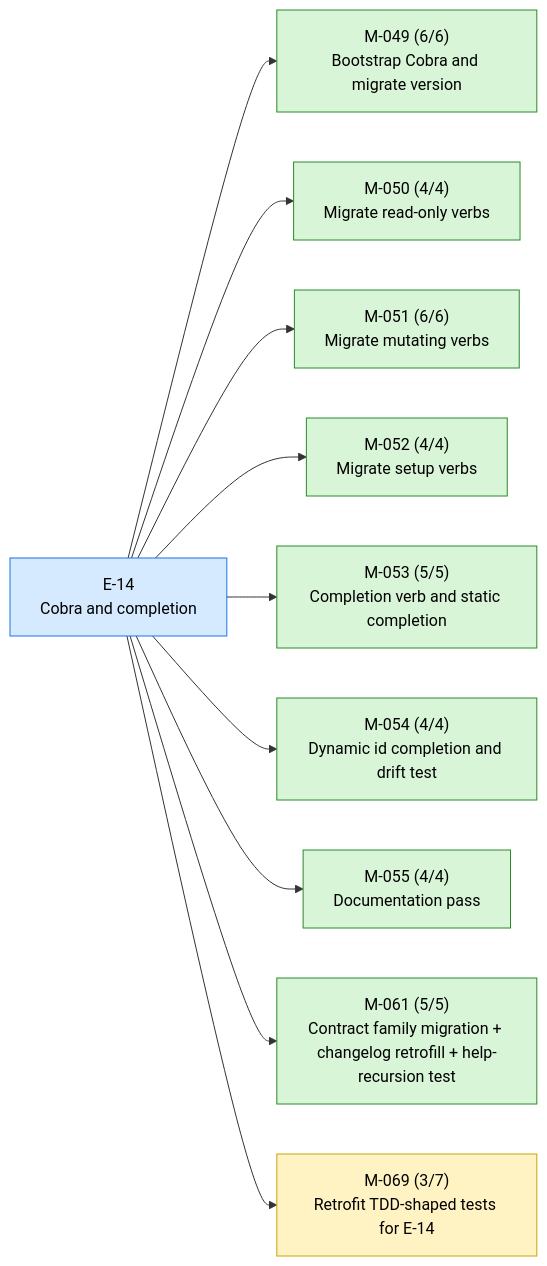
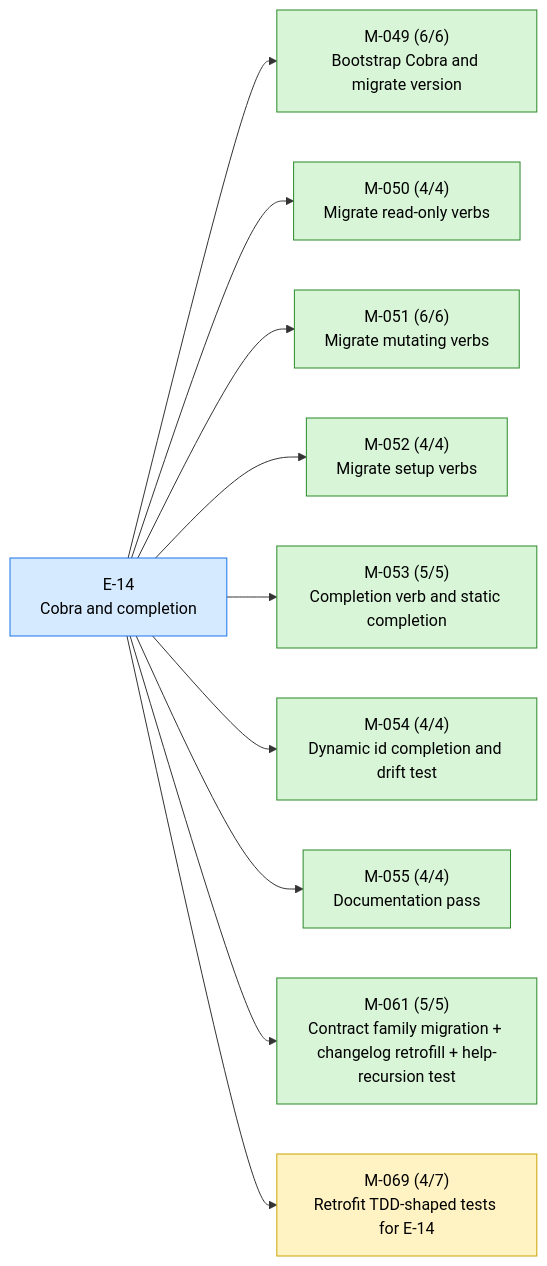
One commit to 23min/aiwf changed the first of 4 diagrams in STATUS.md. Above: the diagram before and after it, drawn with Mermaid. The commit also changed other lines of this file and 1 other file, not shown here.

````diff
--- a/STATUS.md
+++ b/STATUS.md
@@ -19,28 +19,28 @@
 ```mermaid
 flowchart LR
   E_14["E-14<br/>Cobra and completion"]:::epic_active
   M_049["M-049 (6/6)<br/>Bootstrap Cobra and migrate version"]:::ms_done
   E_14 --> M_049
   M_050["M-050 (4/4)<br/>Migrate read-only verbs"]:::ms_done
   E_14 --> M_050
   M_051["M-051 (6/6)<br/>Migrate mutating verbs"]:::ms_done
   E_14 --> M_051
   M_052["M-052 (4/4)<br/>Migrate setup verbs"]:::ms_done
   E_14 --> M_052
   M_053["M-053 (5/5)<br/>Completion verb and static completion"]:::ms_done
   E_14 --> M_053
   M_054["M-054 (4/4)<br/>Dynamic id completion and drift test"]:::ms_done
   E_14 --> M_054
   M_055["M-055 (4/4)<br/>Documentation pass"]:::ms_done
   E_14 --> M_055
   M_061["M-061 (5/5)<br/>Contract family migration + changelog retrofill + help-recursion test"]:::ms_done
   E_14 --> M_061
-  M_069["M-069 (3/7)<br/>Retrofit TDD-shaped tests for E-14"]:::ms_in_progress
+  M_069["M-069 (4/7)<br/>Retrofit TDD-shaped tests for E-14"]:::ms_in_progress
   E_14 --> M_069
   classDef epic_active fill:#d6eaff,stroke:#1a73e8,color:#000
   classDef epic_proposed fill:#f4f4f4,stroke:#888,color:#000
   classDef ms_done fill:#d8f5d8,stroke:#2a8a2a,color:#000
   classDef ms_in_progress fill:#fff3c4,stroke:#caa400,color:#000
   classDef ms_draft fill:#f4f4f4,stroke:#888,color:#000
   classDef ms_cancelled fill:#fbeaea,stroke:#c33,color:#000
 ```
````
